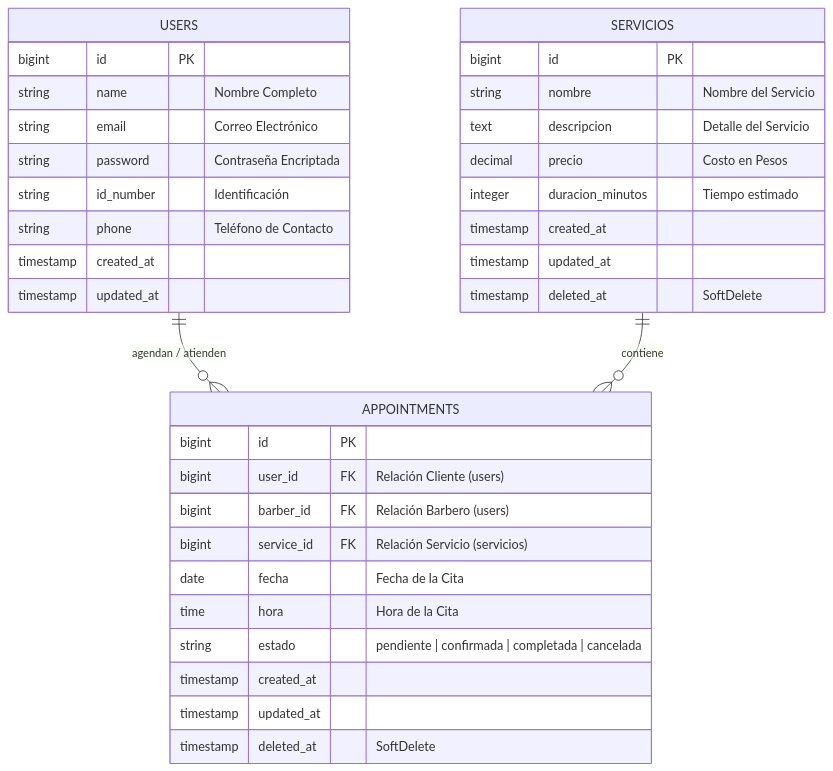
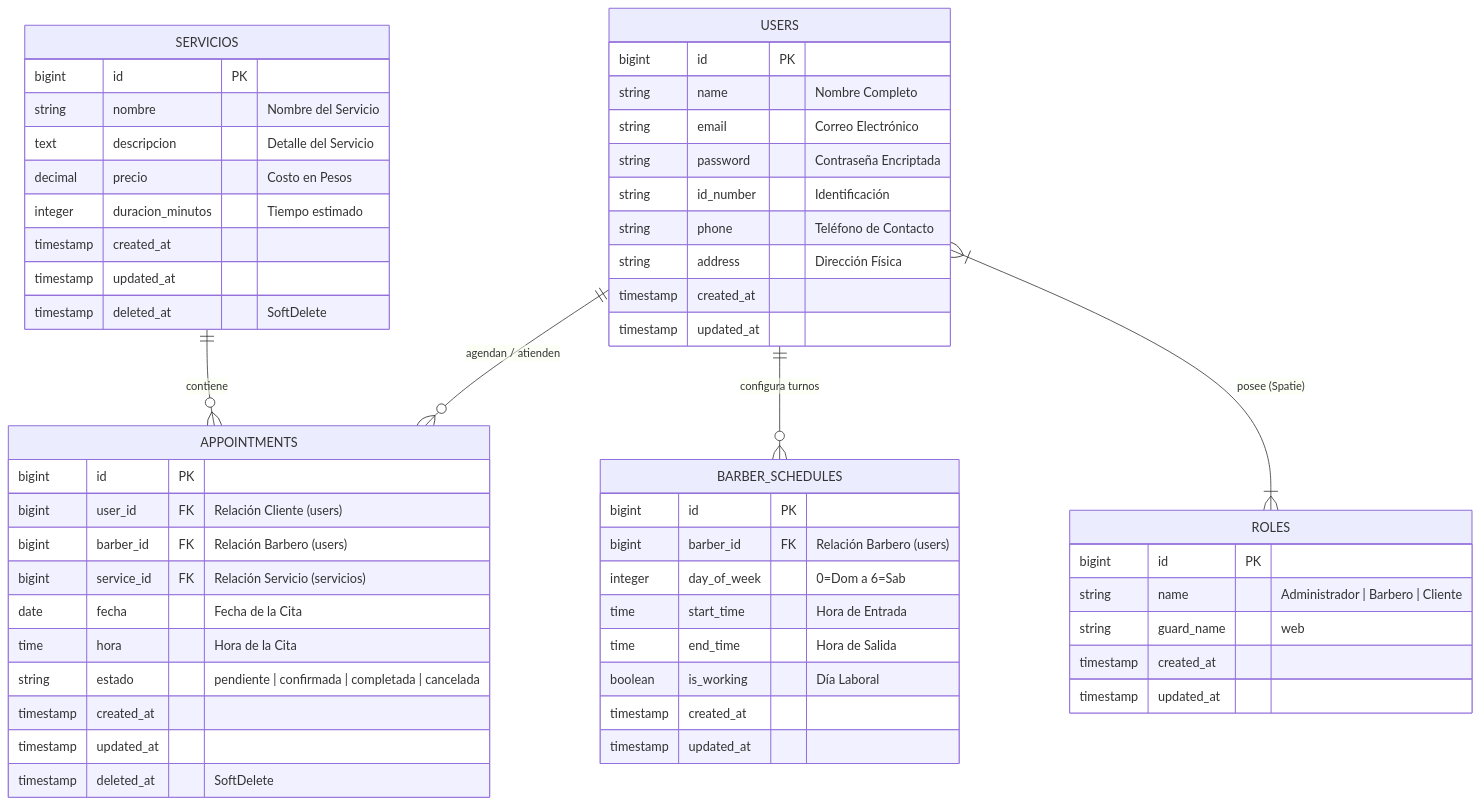
Before and after one commit to Sharis-06/olan-barber: the diagram in README.md, drawn with Mermaid. The commit also changed other lines of this file, not shown here.

Commit message:
docs: update entity-relationship diagram and README structure

````diff
--- a/README.md
+++ b/README.md
@@ -13,40 +13,62 @@
 ```mermaid
 erDiagram
     USERS ||--o{ APPOINTMENTS : "agendan / atienden"
+    USERS ||--o{ BARBER_SCHEDULES : "configura turnos"
+    USERS }|--|{ ROLES : "posee (Spatie)"
     SERVICIOS ||--o{ APPOINTMENTS : "contiene"
     
     USERS {
         bigint id PK
         string name "Nombre Completo"
         string email "Correo Electrónico"
         string password "Contraseña Encriptada"
         string id_number "Identificación"
         string phone "Teléfono de Contacto"
+        string address "Dirección Física"
+        timestamp created_at
+        timestamp updated_at
+    }
+
+    ROLES {
+        bigint id PK
+        string name "Administrador | Barbero | Cliente"
+        string guard_name "web"
         timestamp created_at
         timestamp updated_at
     }
     
     SERVICIOS {
         bigint id PK
         string nombre "Nombre del Servicio"
         text descripcion "Detalle del Servicio"
         decimal precio "Costo en Pesos"
         integer duracion_minutos "Tiempo estimado"
         timestamp created_at
         timestamp updated_at
         timestamp deleted_at "SoftDelete"
+    }
+
+    BARBER_SCHEDULES {
+        bigint id PK
+        bigint barber_id FK "Relación Barbero (users)"
+        integer day_of_week "0=Dom a 6=Sab"
+        time start_time "Hora de Entrada"
+        time end_time "Hora de Salida"
+        boolean is_working "Día Laboral"
+        timestamp created_at
+        timestamp updated_at
     }
     
     APPOINTMENTS {
         bigint id PK
         bigint user_id FK "Relación Cliente (users)"
         bigint barber_id FK "Relación Barbero (users)"
         bigint service_id FK "Relación Servicio (servicios)"
         date fecha "Fecha de la Cita"
         time hora "Hora de la Cita"
         string estado "pendiente | confirmada | completada | cancelada"
         timestamp created_at
         timestamp updated_at
         timestamp deleted_at "SoftDelete"
     }
 ```
````
